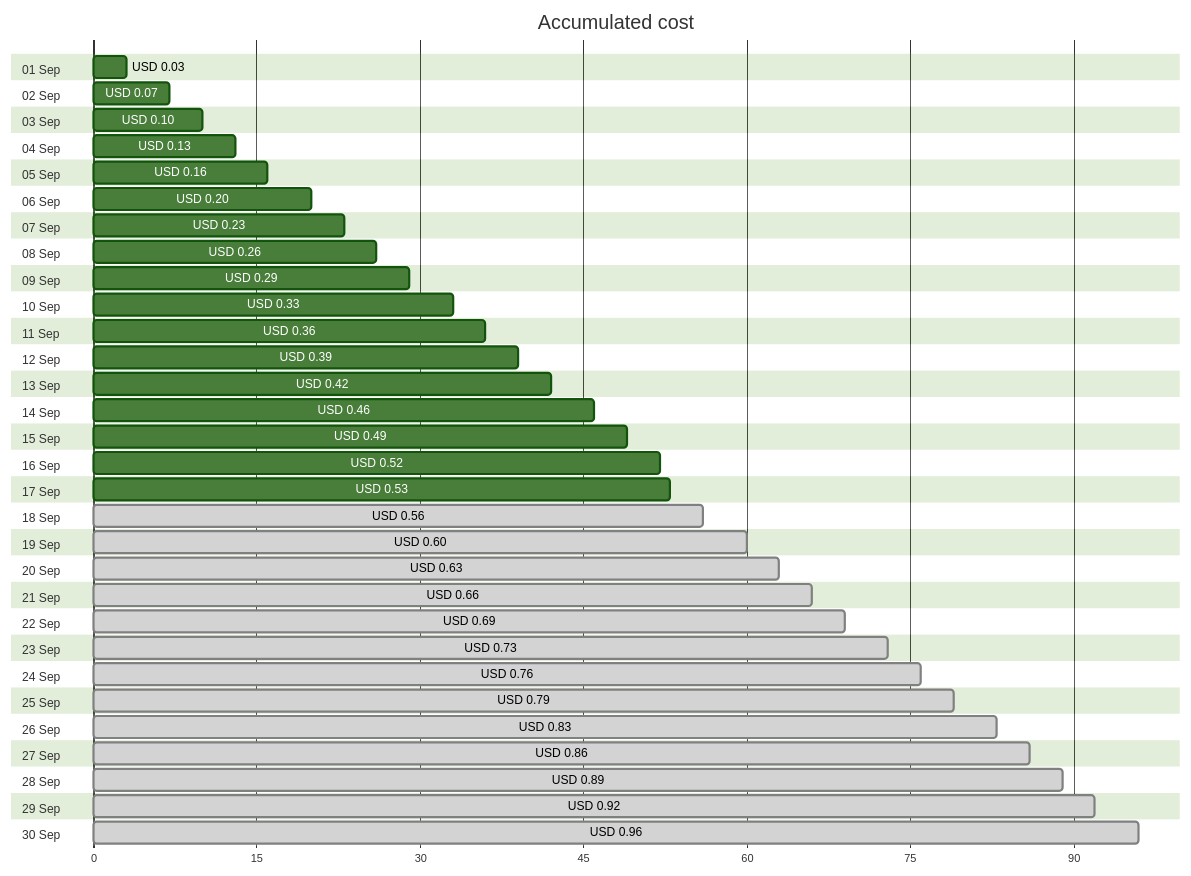
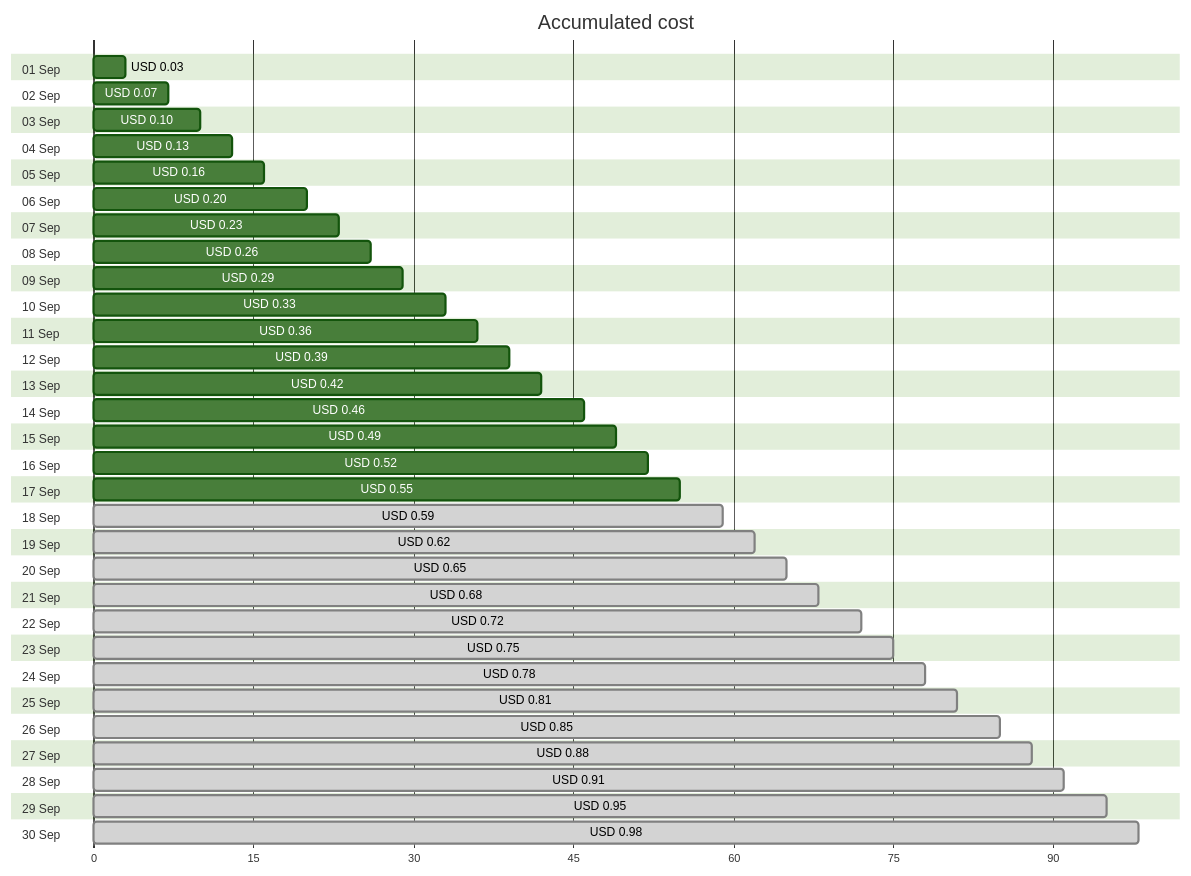
One commit to jpfulton/azure-personal-reports changed the first of 4 diagrams in cost-reports/personal-dns/README.md. Above: the diagram before and after it, drawn with Mermaid (forest theme). The commit also changed other lines of this file and 2 other files, not shown here.

Commit message:
Generated reports [skip ci]

````diff
--- a/cost-reports/personal-dns/README.md
+++ b/cost-reports/personal-dns/README.md
@@ -20,66 +20,66 @@
 ```mermaid
 gantt
    title Accumulated cost
    dateFormat  X
    axisFormat %s
    section 01 Sep
    USD 0.03 :0, 3
    section 02 Sep
    USD 0.07 :0, 7
    section 03 Sep
    USD 0.10 :0, 10
    section 04 Sep
    USD 0.13 :0, 13
    section 05 Sep
    USD 0.16 :0, 16
    section 06 Sep
    USD 0.20 :0, 20
    section 07 Sep
    USD 0.23 :0, 23
    section 08 Sep
    USD 0.26 :0, 26
    section 09 Sep
    USD 0.29 :0, 29
    section 10 Sep
    USD 0.33 :0, 33
    section 11 Sep
    USD 0.36 :0, 36
    section 12 Sep
    USD 0.39 :0, 39
    section 13 Sep
    USD 0.42 :0, 42
    section 14 Sep
    USD 0.46 :0, 46
    section 15 Sep
    USD 0.49 :0, 49
    section 16 Sep
    USD 0.52 :0, 52
    section 17 Sep
-   USD 0.53 :0, 53
+   USD 0.55 :0, 55
    section 18 Sep
-   USD 0.56 : done, 0, 56
+   USD 0.59 : done, 0, 59
    section 19 Sep
-   USD 0.60 : done, 0, 60
+   USD 0.62 : done, 0, 62
    section 20 Sep
-   USD 0.63 : done, 0, 63
+   USD 0.65 : done, 0, 65
    section 21 Sep
-   USD 0.66 : done, 0, 66
+   USD 0.68 : done, 0, 68
    section 22 Sep
-   USD 0.69 : done, 0, 69
+   USD 0.72 : done, 0, 72
    section 23 Sep
-   USD 0.73 : done, 0, 73
+   USD 0.75 : done, 0, 75
    section 24 Sep
-   USD 0.76 : done, 0, 76
+   USD 0.78 : done, 0, 78
    section 25 Sep
-   USD 0.79 : done, 0, 79
+   USD 0.81 : done, 0, 81
    section 26 Sep
-   USD 0.83 : done, 0, 83
+   USD 0.85 : done, 0, 85
    section 27 Sep
-   USD 0.86 : done, 0, 86
+   USD 0.88 : done, 0, 88
    section 28 Sep
-   USD 0.89 : done, 0, 89
+   USD 0.91 : done, 0, 91
    section 29 Sep
-   USD 0.92 : done, 0, 92
+   USD 0.95 : done, 0, 95
    section 30 Sep
-   USD 0.96 : done, 0, 96
+   USD 0.98 : done, 0, 98
 ```
````
